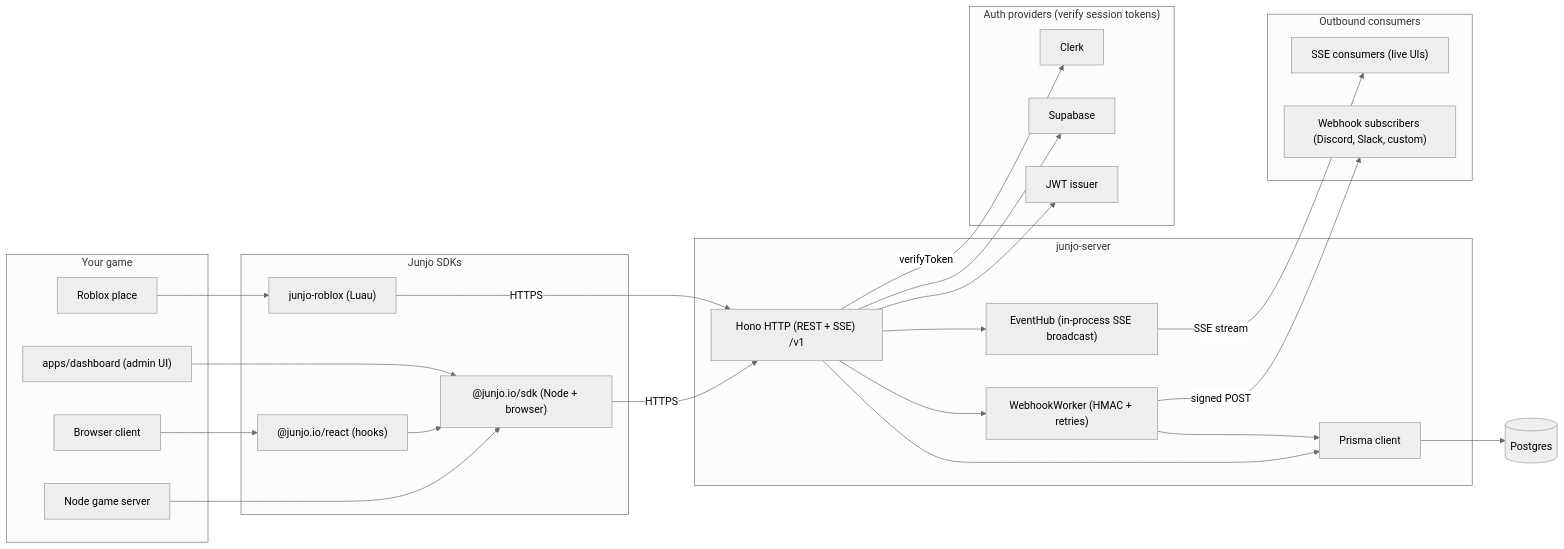
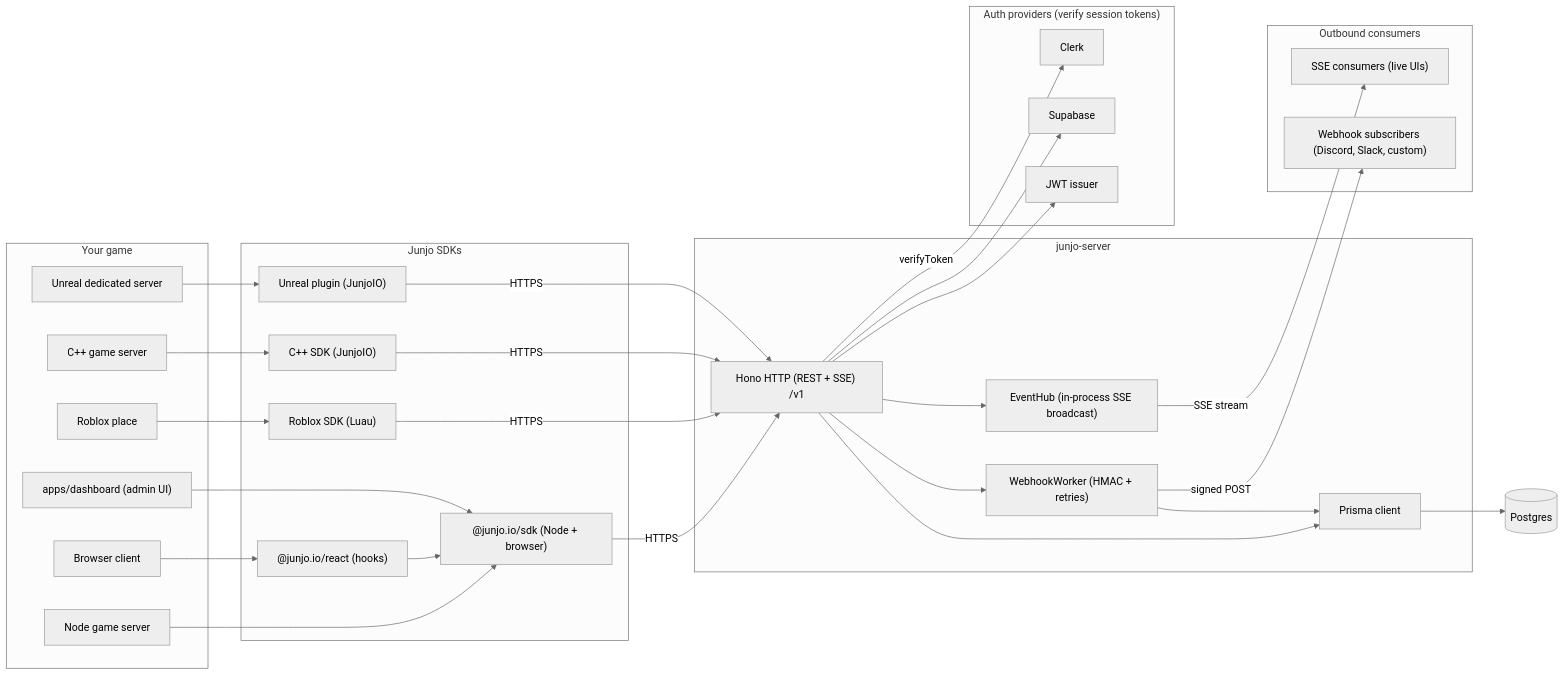
Before and after one commit to GabeCurran/junjo: the diagram in tools/diagrams/source/system-architecture.mmd, drawn with Mermaid. The commit also changed 82 other files, not shown here.

First line of the commit message:
docs: documentation site, diagrams, feature matrix, and program report

```diff
--- a/tools/diagrams/source/system-architecture.mmd
+++ b/tools/diagrams/source/system-architecture.mmd
@@ -1,56 +1,64 @@
 %%{init: {'theme': 'neutral'}}%%
 flowchart LR
   subgraph clients["Your game"]
     nodeApp["Node game server"]
     browserApp["Browser client"]
     robloxApp["Roblox place"]
+    cppApp["C++ game server"]
+    unrealApp["Unreal dedicated server"]
     dashboard["apps/dashboard (admin UI)"]
   end
 
   subgraph sdks["Junjo SDKs"]
     tsSdk["@junjo.io/sdk (Node + browser)"]
     reactSdk["@junjo.io/react (hooks)"]
-    robloxSdk["junjo-roblox (Luau)"]
+    robloxSdk["Roblox SDK (Luau)"]
+    cppSdk["C++ SDK (JunjoIO)"]
+    unrealSdk["Unreal plugin (JunjoIO)"]
   end
 
   subgraph server["junjo-server"]
     hono["Hono HTTP (REST + SSE) /v1"]
     eventHub["EventHub (in-process SSE broadcast)"]
     webhookWorker["WebhookWorker (HMAC + retries)"]
     prisma["Prisma client"]
   end
 
   postgres[("Postgres")]
 
   subgraph auth["Auth providers (verify session tokens)"]
     clerk["Clerk"]
     supabase["Supabase"]
     jwt["JWT issuer"]
   end
 
   subgraph subscribers["Outbound consumers"]
     sseClient["SSE consumers (live UIs)"]
     webhookSink["Webhook subscribers (Discord, Slack, custom)"]
   end
 
   nodeApp --> tsSdk
   browserApp --> reactSdk
   reactSdk --> tsSdk
   robloxApp --> robloxSdk
+  cppApp --> cppSdk
+  unrealApp --> unrealSdk
   dashboard --> tsSdk
 
   tsSdk -- HTTPS --> hono
   robloxSdk -- HTTPS --> hono
+  cppSdk -- HTTPS --> hono
+  unrealSdk -- HTTPS --> hono
 
   hono --> eventHub
   hono --> webhookWorker
   hono --> prisma
   webhookWorker --> prisma
   prisma --> postgres
 
   hono -- verifyToken --> clerk
   hono --> supabase
   hono --> jwt
 
   eventHub -- SSE stream --> sseClient
   webhookWorker -- signed POST --> webhookSink
```
